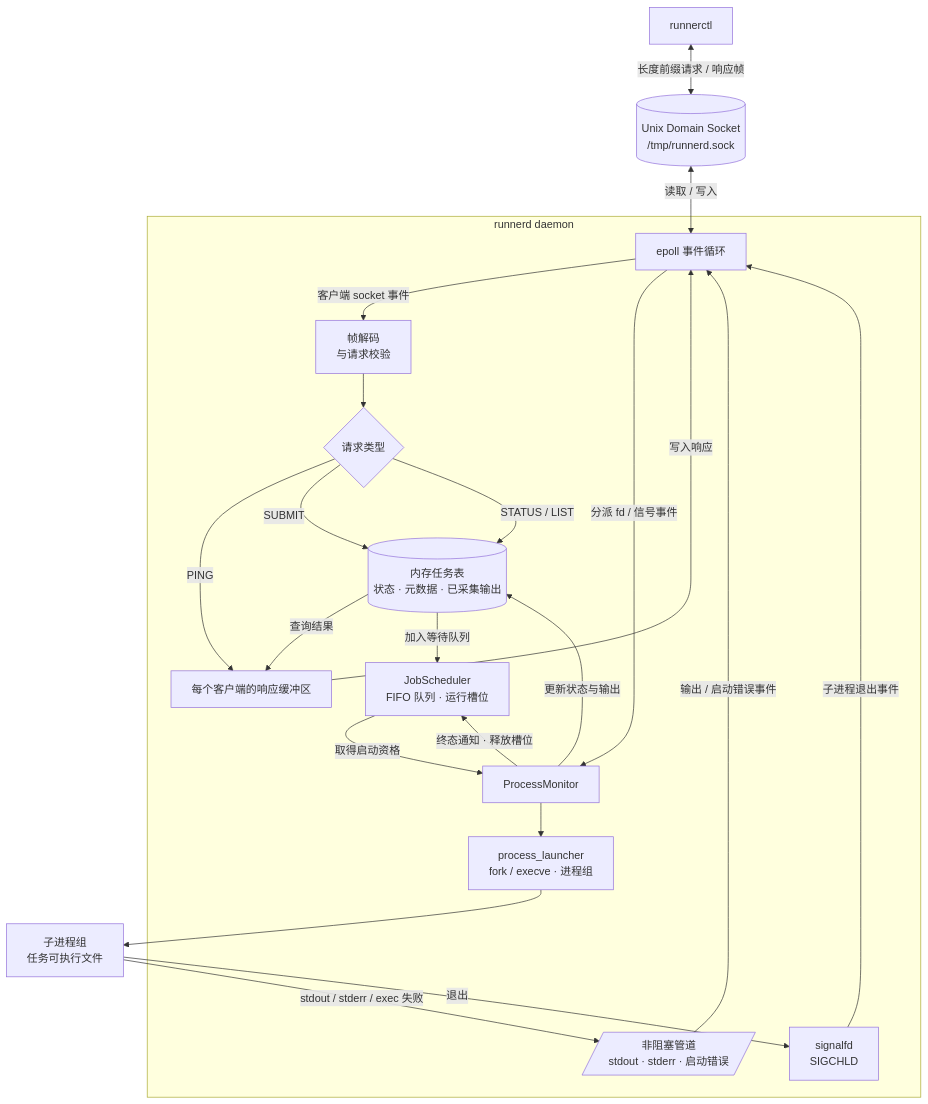
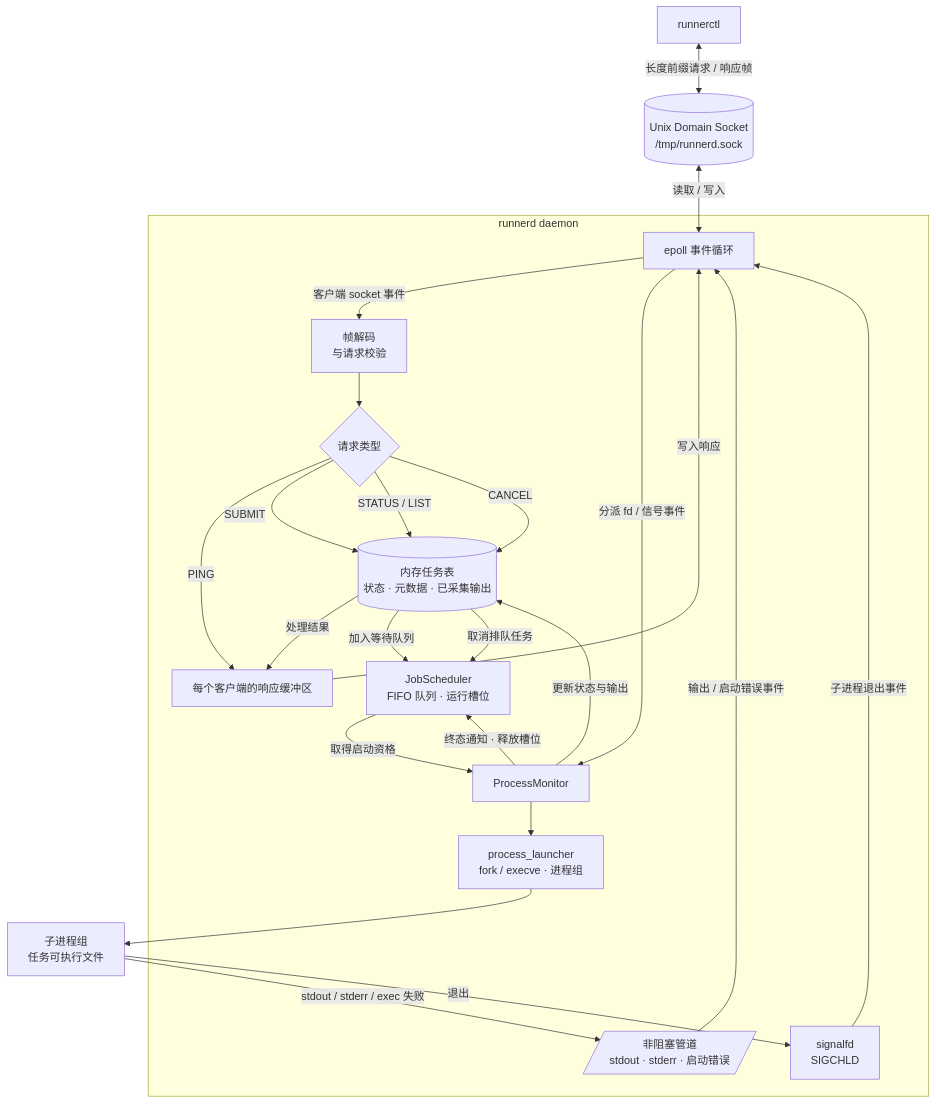
Before and after one commit to qxf-72/runnerd: the diagram in README.md, drawn with Mermaid. The commit also changed other lines of this file and 3 other files, not shown here.

````diff
--- a/README.md
+++ b/README.md
@@ -108,39 +110,41 @@
 ```mermaid
 flowchart TB
     CLI["runnerctl"]
     Socket[("Unix Domain Socket<br/>/tmp/runnerd.sock")]
     CLI <-->|"长度前缀请求 / 响应帧"| Socket
 
     subgraph Daemon["runnerd daemon"]
         Loop["epoll 事件循环"]
         Decode["帧解码<br/>与请求校验"]
         Route{"请求类型"}
         Reply["每个客户端的响应缓冲区"]
         Jobs[("内存任务表<br/>状态 · 元数据 · 已采集输出")]
         Scheduler["JobScheduler<br/>FIFO 队列 · 运行槽位"]
         Monitor["ProcessMonitor"]
         Launcher["process_launcher<br/>fork / execve · 进程组"]
         Signal["signalfd<br/>SIGCHLD"]
         Pipes[/"非阻塞管道<br/>stdout · stderr · 启动错误"/]
 
         Loop -->|"客户端 socket 事件"| Decode --> Route
         Route -->|"PING"| Reply
         Route -->|"SUBMIT"| Jobs
         Route -->|"STATUS / LIST"| Jobs
-        Jobs -->|"查询结果"| Reply
+        Route -->|"CANCEL"| Jobs
+        Jobs -->|"处理结果"| Reply
         Reply -->|"写入响应"| Loop
 
         Jobs -->|"加入等待队列"| Scheduler
+        Jobs -->|"取消排队任务"| Scheduler
         Scheduler -->|"取得启动资格"| Monitor --> Launcher
         Pipes -->|"输出 / 启动错误事件"| Loop
         Signal -->|"子进程退出事件"| Loop
         Loop -->|"分派 fd / 信号事件"| Monitor
         Monitor -->|"更新状态与输出"| Jobs
         Monitor -->|"终态通知 · 释放槽位"| Scheduler
     end
 
     Socket <-->|"读取 / 写入"| Loop
     Launcher --> Child["子进程组<br/>任务可执行文件"]
     Child -->|"stdout / stderr / exec 失败"| Pipes
     Child -->|"退出"| Signal
 ```
````
